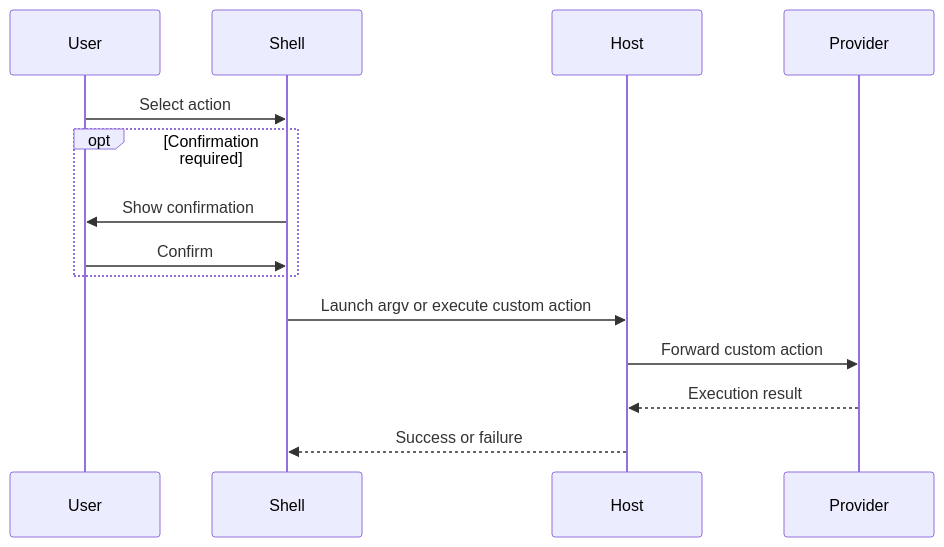
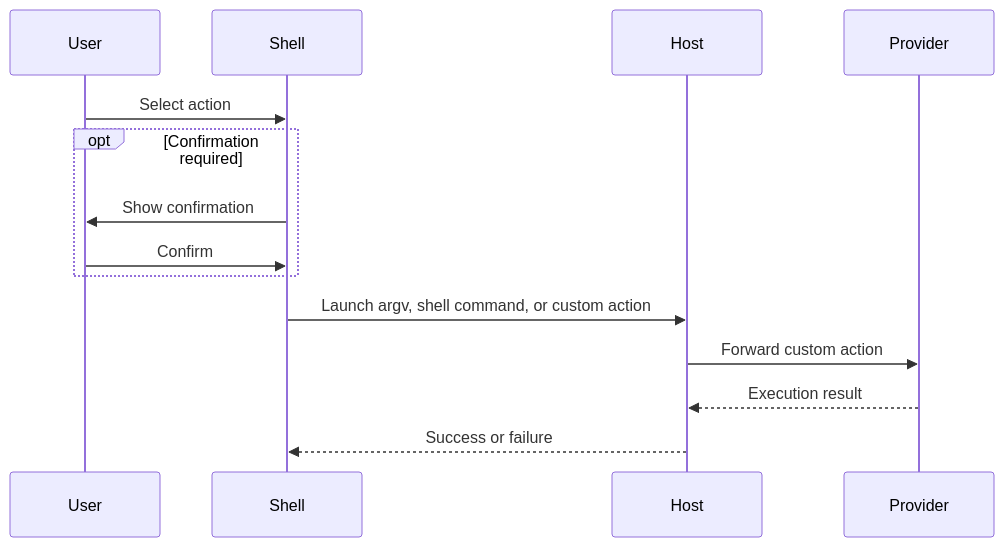
The diagram in wiki/flows/execute.md (macifyer/pallet), drawn with Mermaid before and after one commit. The commit also changed other lines of this file and 51 other files, not shown here.

````diff
--- a/wiki/flows/execute.md
+++ b/wiki/flows/execute.md
@@ -7,16 +7,16 @@
 ```mermaid
 sequenceDiagram
   participant U as User
   participant S as Shell
   participant H as Host
   participant P as Provider
   U->>S: Select action
   opt Confirmation required
     S->>U: Show confirmation
     U->>S: Confirm
   end
-  S->>H: Launch argv or execute custom action
+  S->>H: Launch argv, shell command, or custom action
   H->>P: Forward custom action
   P-->>H: Execution result
   H-->>S: Success or failure
 ```
````
